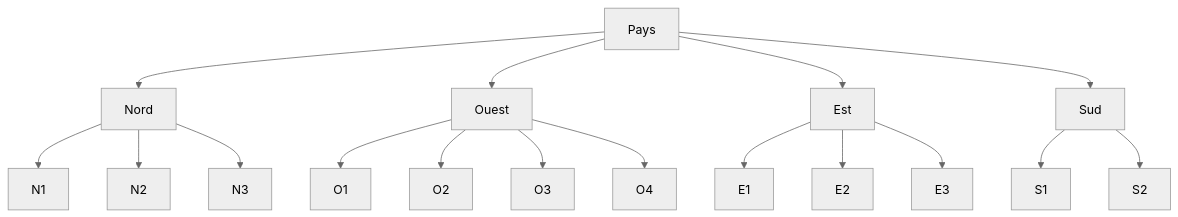
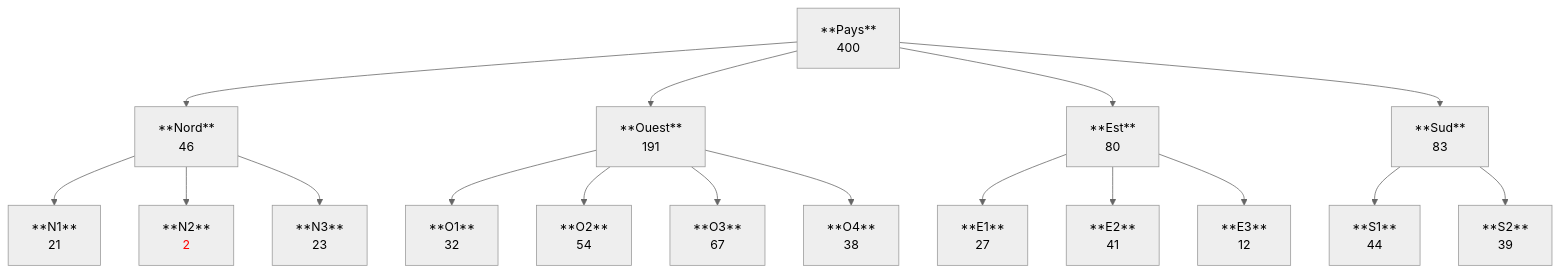
One commit to InseeFrLab/formation_protection_donnees changed the first of 6 diagrams in theorie/supports/methodes-suppressives.qmd. Above: the diagram before and after it, drawn with Mermaid (neutral theme). The commit also changed other lines of this file and 16 other files, not shown here.

````diff
--- a/theorie/supports/methodes-suppressives.qmd
+++ b/theorie/supports/methodes-suppressives.qmd
@@ -527,19 +719,19 @@
 ```{mermaid}
 graph TD
-  A[Pays] --> B[Nord]
-  A --> C[Ouest]
-  A --> D[Est]
-  A --> E[Sud]
-  B --> F[N1]
-  B --> G[N2]
-  B --> H[N3]
-  C --> I[O1]
-  C --> J[O2]
-  C --> K[O3]
-  C --> L[O4]
-  D --> M[E1]
-  D --> N[E2]
-  D --> O[E3]
-  E --> P[S1]
-  E --> Q[S2]
+  A[**Pays**<br>400] --> B[**Nord**<br>46]
+  A --> C[**Ouest**<br>191]
+  A --> D[**Est**<br>80]
+  A --> E[**Sud**<br>83]
+  B --> F[**N1**<br>21]
+  B --> G["**N2**<br><font color='red'>2</font>"]
+  B --> H[**N3**<br>23]
+  C --> I[**O1**<br>32]
+  C --> J[**O2**<br>54]
+  C --> K[**O3**<br>67]
+  C --> L[**O4**<br>38]
+  D --> M[**E1**<br>27]
+  D --> N[**E2**<br>41]
+  D --> O[**E3**<br>12]
+  E --> P[**S1**<br>44]
+  E --> Q[**S2**<br>39]
 ```
````
